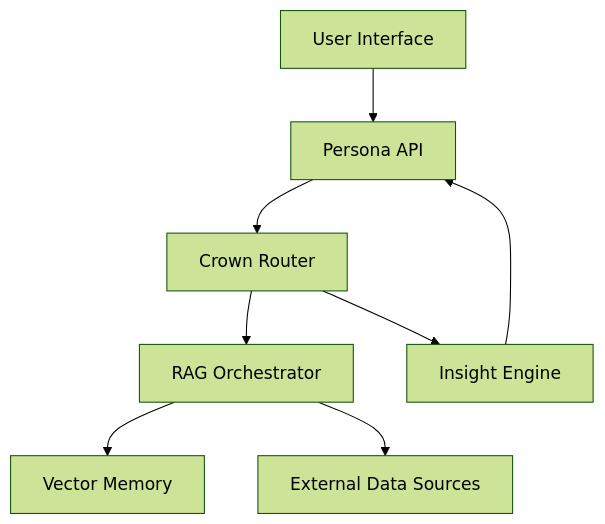
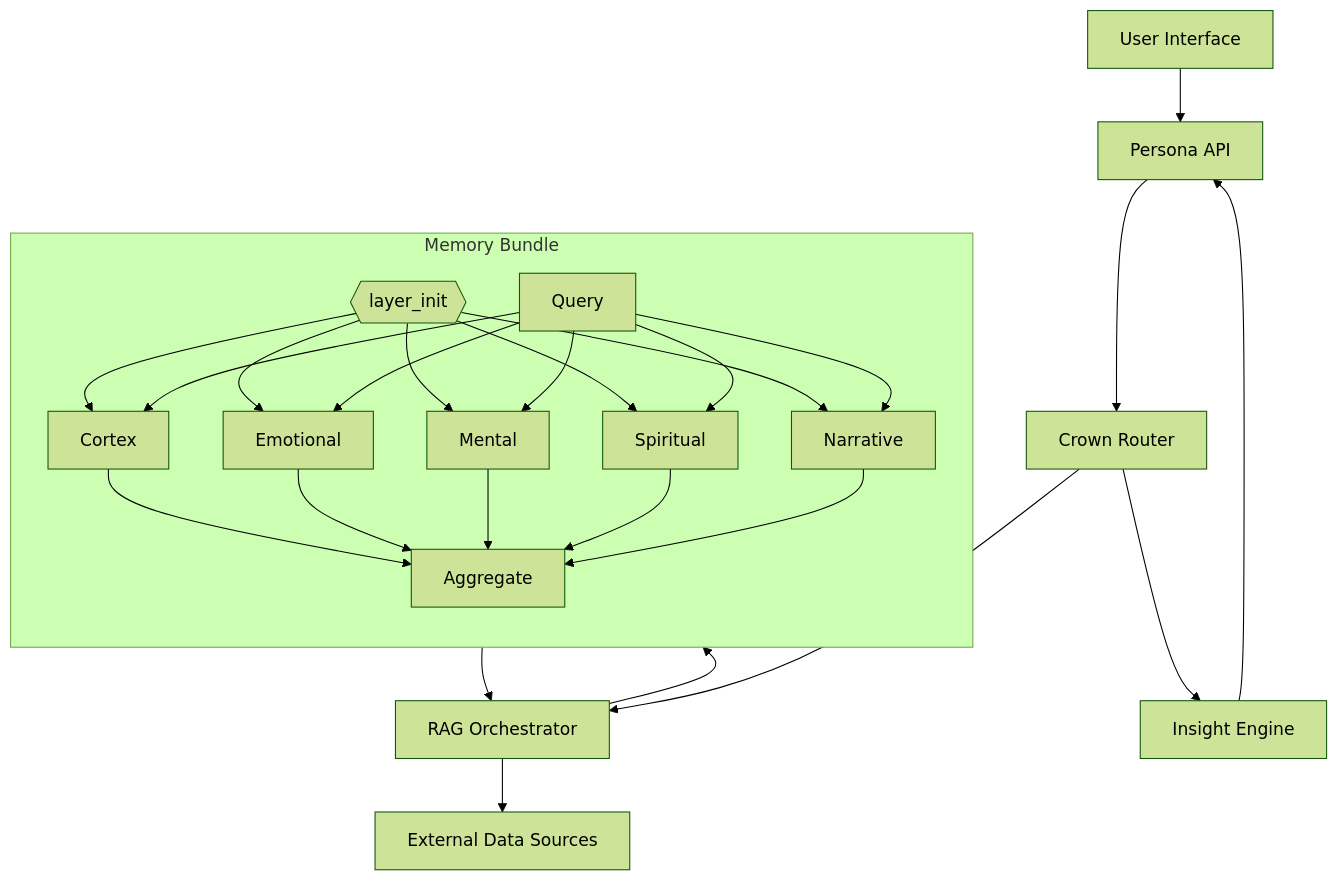
The diagram in docs/ABZU_SUBSYSTEM_OVERVIEW.md (DINGIRABZU/ABZU), drawn with Mermaid (forest theme) before and after one commit. The commit also changed other lines of this file, not shown here.

Commit message:
docs: extend subsystem overview with memory bundle
I did expand the memory diagram and add bundle traversal bullets on docs/ABZU_SUBSYSTEM_OVERVIEW.md to clarify layer relationships, expecting clearer comprehension of memory initialization and query aggregation.

````diff
--- a/docs/ABZU_SUBSYSTEM_OVERVIEW.md
+++ b/docs/ABZU_SUBSYSTEM_OVERVIEW.md
@@ -5,10 +5,33 @@
 ```mermaid
 graph TD
     UI[User Interface] --> Persona[Persona API]
     Persona --> Crown[Crown Router]
     Crown --> RAG[RAG Orchestrator]
-    RAG --> Memory[Vector Memory]
-    RAG --> Data[External Data Sources]
     Crown --> Insight[Insight Engine]
     Insight --> Persona
+    RAG --> Data[External Data Sources]
+
+    RAG --> Query
+    subgraph Memory_Bundle[Memory Bundle]
+        direction TB
+        layer_init{{layer_init}}
+        layer_init --> Cortex
+        layer_init --> Emotional
+        layer_init --> Mental
+        layer_init --> Spiritual
+        layer_init --> Narrative
+
+        Query --> Cortex
+        Query --> Emotional
+        Query --> Mental
+        Query --> Spiritual
+        Query --> Narrative
+
+        Cortex --> Aggregate
+        Emotional --> Aggregate
+        Mental --> Aggregate
+        Spiritual --> Aggregate
+        Narrative --> Aggregate
+    end
+    Aggregate --> RAG
 ```
````
